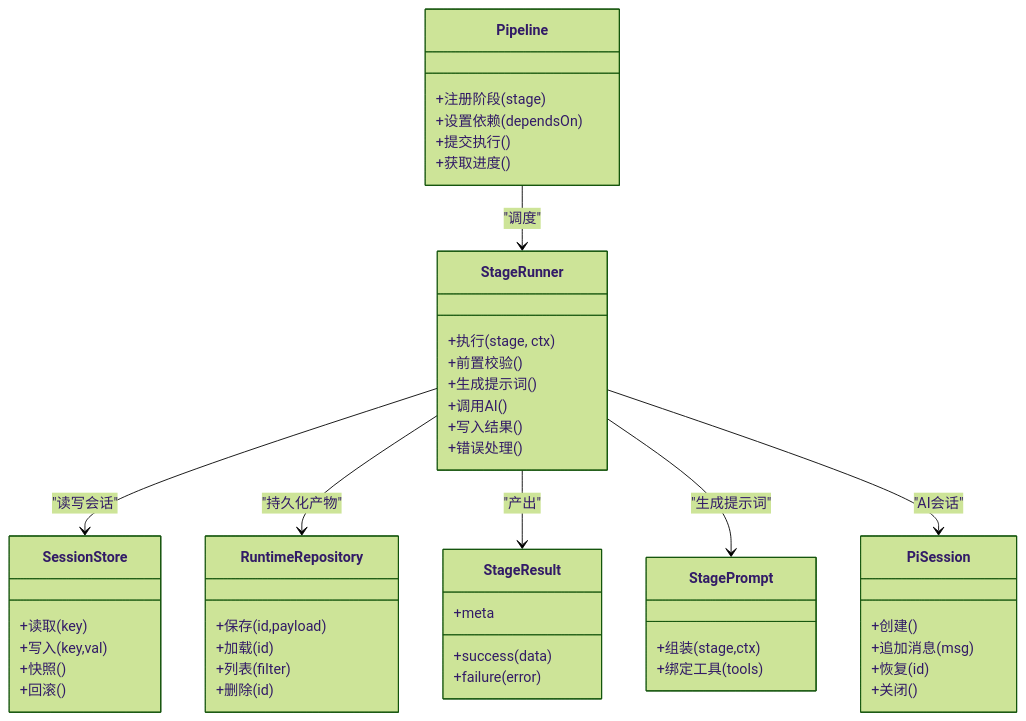
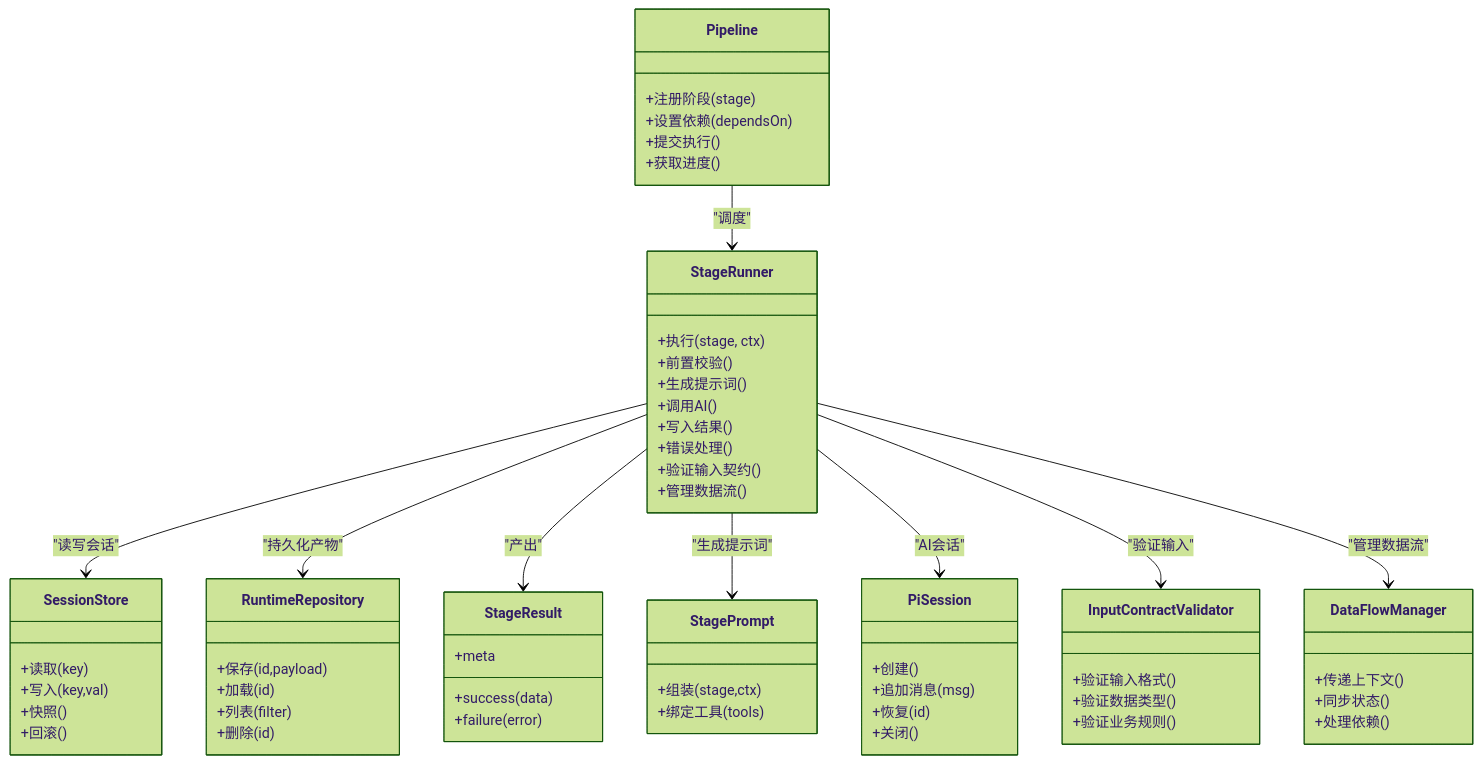
Before and after one commit to AIMFllyYS/code-video-canvas: the second of 5 diagrams in .qoder/repowiki/zh/content/架构设计/核心模块设计/导演系统设计/导演系统设计.md, drawn with Mermaid (forest theme). The commit also changed other lines of this file and 31 other files, not shown here.

````diff
--- a/.qoder/repowiki/zh/content/架构设计/核心模块设计/导演系统设计/导演系统设计.md
+++ b/.qoder/repowiki/zh/content/架构设计/核心模块设计/导演系统设计/导演系统设计.md
@@ -128,50 +142,64 @@
 ```mermaid
 classDiagram
 class Pipeline {
 +注册阶段(stage)
 +设置依赖(dependsOn)
 +提交执行()
 +获取进度()
 }
 class StageRunner {
 +执行(stage, ctx)
 +前置校验()
 +生成提示词()
 +调用AI()
 +写入结果()
 +错误处理()
++验证输入契约()
++管理数据流()
 }
 class SessionStore {
 +读取(key)
 +写入(key,val)
 +快照()
 +回滚()
 }
 class RuntimeRepository {
 +保存(id,payload)
 +加载(id)
 +列表(filter)
 +删除(id)
 }
 class StageResult {
 +success(data)
 +failure(error)
 +meta
 }
 class StagePrompt {
 +组装(stage,ctx)
 +绑定工具(tools)
 }
 class PiSession {
 +创建()
 +追加消息(msg)
 +恢复(id)
 +关闭()
 }
+class InputContractValidator {
++验证输入格式()
++验证数据类型()
++验证业务规则()
+}
+class DataFlowManager {
++传递上下文()
++同步状态()
++处理依赖()
+}
 Pipeline --> StageRunner : "调度"
 StageRunner --> SessionStore : "读写会话"
 StageRunner --> RuntimeRepository : "持久化产物"
 StageRunner --> StageResult : "产出"
 StageRunner --> StagePrompt : "生成提示词"
 StageRunner --> PiSession : "AI会话"
+StageRunner --> InputContractValidator : "验证输入"
+StageRunner --> DataFlowManager : "管理数据流"
 ```
````
